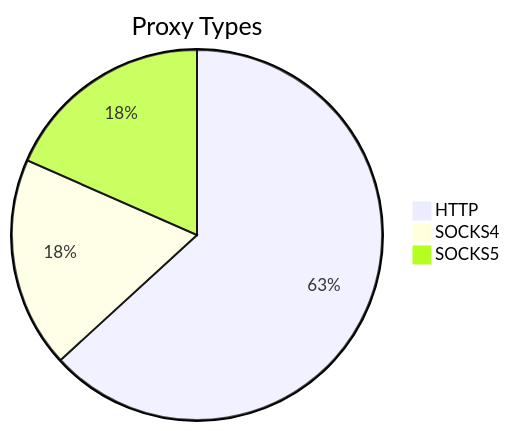
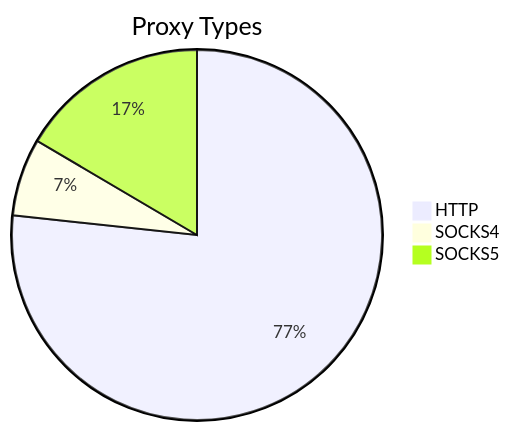
One commit to stormsia/proxy-list changed the first of 2 diagrams in README.md. Above: the diagram before and after it, drawn with Mermaid. The commit also changed other lines of this file, not shown here.

````diff
--- a/README.md
+++ b/README.md
@@ -21,6 +21,6 @@
 ```mermaid
 pie title Proxy Types
-    "HTTP" : 103
-    "SOCKS4" : 30
-    "SOCKS5" : 30
+    "HTTP" : 181
+    "SOCKS4" : 16
+    "SOCKS5" : 39
 ```
````
